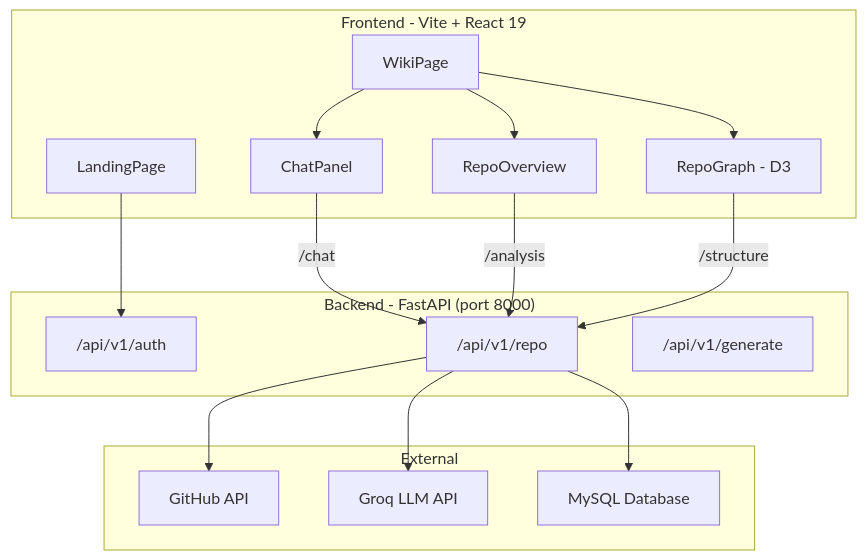
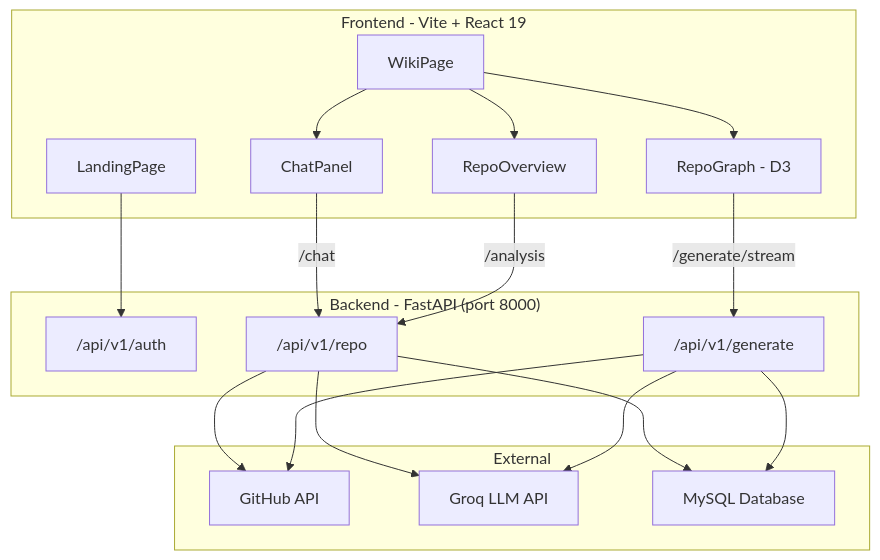
The diagram in README.md (Divyanshu-hash/RepoTalk), drawn with Mermaid before and after one commit. The commit also changed other lines of this file and 5 other files, not shown here.

````diff
--- a/README.md
+++ b/README.md
@@ -28,35 +28,39 @@
 ```mermaid
 graph TD
     subgraph Frontend ["Frontend - Vite + React 19"]
         LP[LandingPage]
         WP[WikiPage]
         CO[ChatPanel]
         RO[RepoOverview]
         RG[RepoGraph - D3]
     end
 
     subgraph Backend ["Backend - FastAPI (port 8000)"]
         AuthR["/api/v1/auth"]
         RepoR["/api/v1/repo"]
         GraphR["/api/v1/generate"]
     end
 
     subgraph External
         GH["GitHub API"]
         GroqAPI["Groq LLM API"]
         MySQL["MySQL Database"]
     end
 
     LP --> AuthR
     WP --> CO
     WP --> RO
     WP --> RG
     
     CO -->|/chat| RepoR
     RO -->|/analysis| RepoR
-    RG -->|/structure| RepoR
+    RG -->|/generate/stream| GraphR
     
     RepoR --> GH
     RepoR --> MySQL
     RepoR --> GroqAPI
+    
+    GraphR --> GH
+    GraphR --> GroqAPI
+    GraphR --> MySQL
 ```
````
